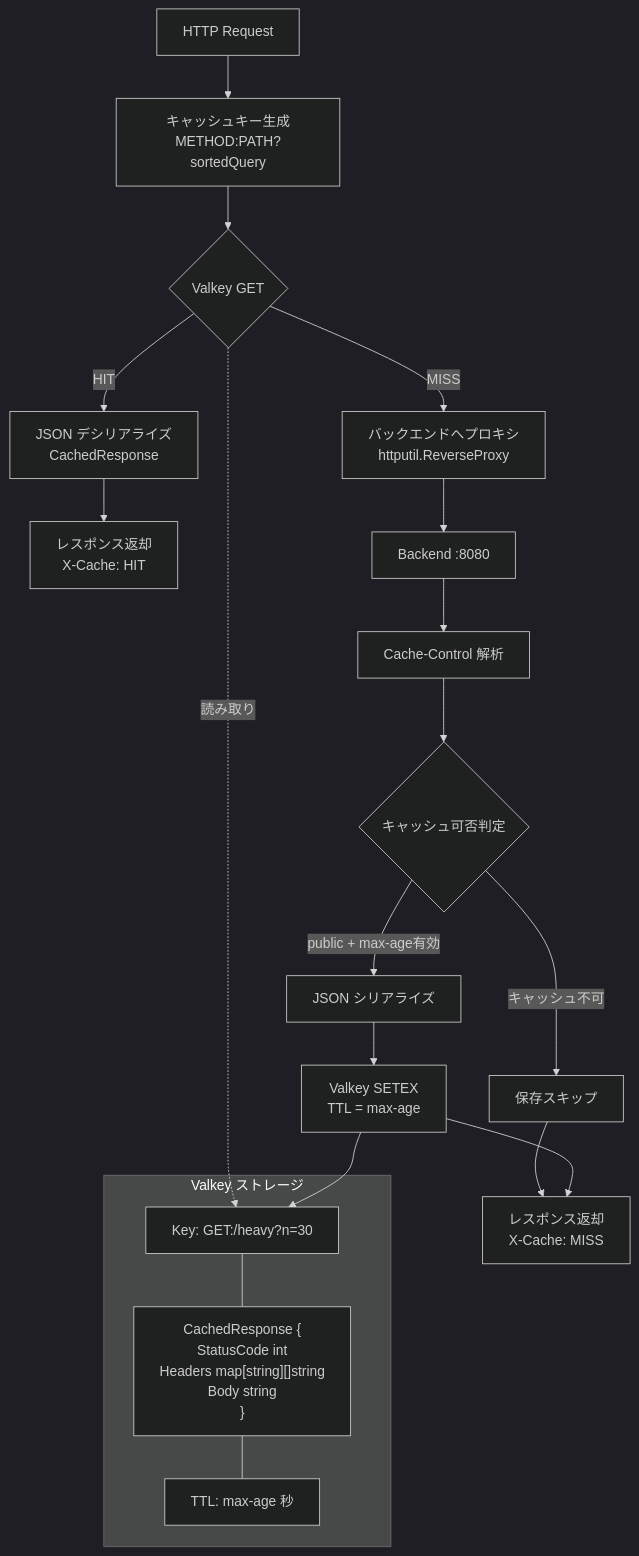
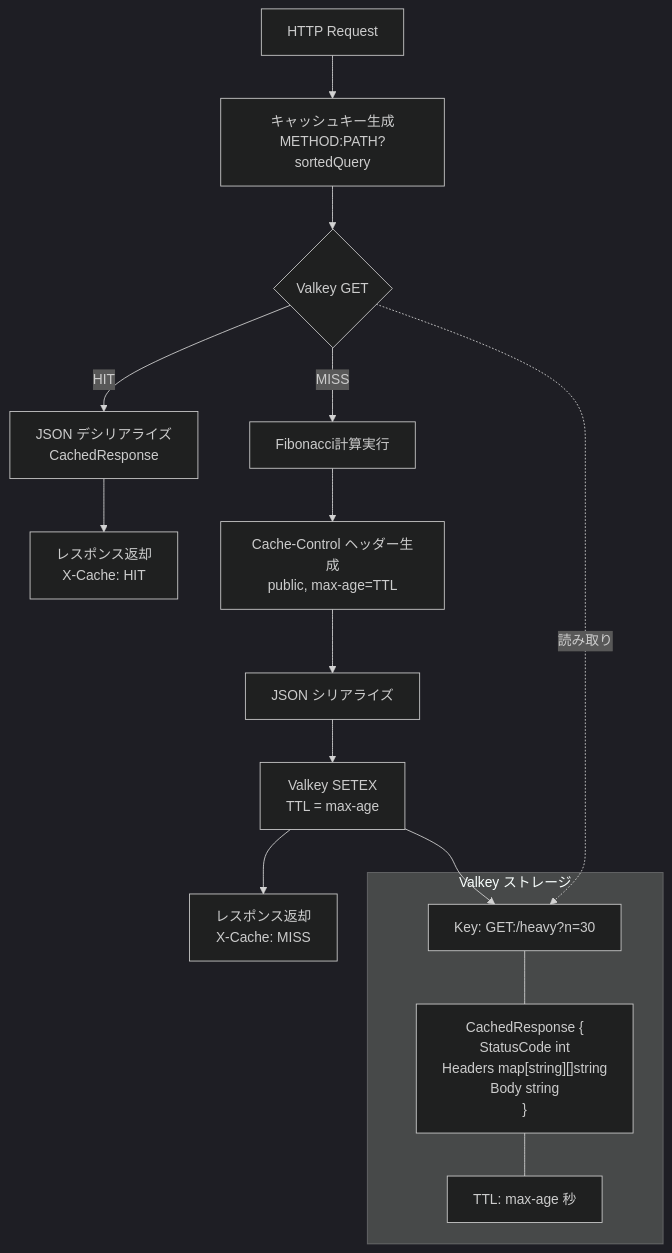
The second of 2 diagrams in 02_cache/docs/shared-cache.md (tanaka-yui/learning), drawn with Mermaid (dark theme) before and after one commit. The commit also changed other lines of this file and 11 other files, not shown here.

````diff
--- a/02_cache/docs/shared-cache.md
+++ b/02_cache/docs/shared-cache.md
@@ -43,31 +39,26 @@
 ```mermaid
 flowchart TD
     REQ[HTTP Request] --> KEYGEN[キャッシュキー生成<br/>METHOD:PATH?sortedQuery]
     KEYGEN --> VALKEY_GET{Valkey GET}
 
     VALKEY_GET -->|HIT| DESER[JSON デシリアライズ<br/>CachedResponse]
     DESER --> RESP_HIT[レスポンス返却<br/>X-Cache: HIT]
 
-    VALKEY_GET -->|MISS| PROXY[バックエンドへプロキシ<br/>httputil.ReverseProxy]
-    PROXY --> BACKEND[Backend :8080]
-    BACKEND --> CC_PARSE[Cache-Control 解析]
+    VALKEY_GET -->|MISS| CALC[Fibonacci計算実行]
+    CALC --> CC_GEN[Cache-Control ヘッダー生成<br/>public, max-age=TTL]
 
-    CC_PARSE --> CHECK{キャッシュ可否判定}
-    CHECK -->|public + max-age有効| SER[JSON シリアライズ]
-    CHECK -->|キャッシュ不可| SKIP[保存スキップ]
-
+    CC_GEN --> SER[JSON シリアライズ]
     SER --> VALKEY_SET[Valkey SETEX<br/>TTL = max-age]
     VALKEY_SET --> RESP_MISS[レスポンス返却<br/>X-Cache: MISS]
-    SKIP --> RESP_MISS
 
     subgraph Valkey ストレージ
         VDATA["Key: GET:/heavy?n=30"]
         VSTRUCT["CachedResponse {<br/>StatusCode int<br/>Headers map[string][]string<br/>Body string<br/>}"]
         VTTL["TTL: max-age 秒"]
         VDATA --- VSTRUCT
         VSTRUCT --- VTTL
     end
 
     VALKEY_SET --> VDATA
     VALKEY_GET -.->|読み取り| VDATA
 ```
````
